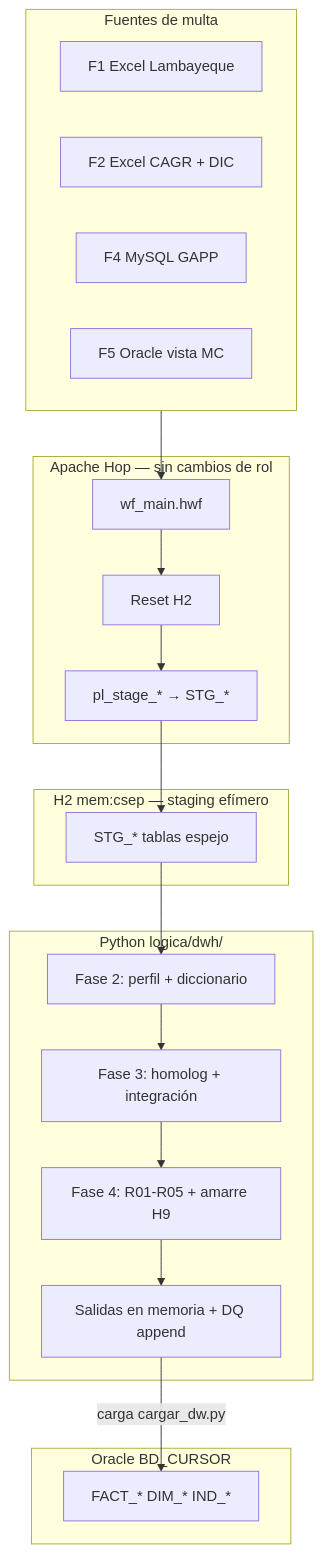
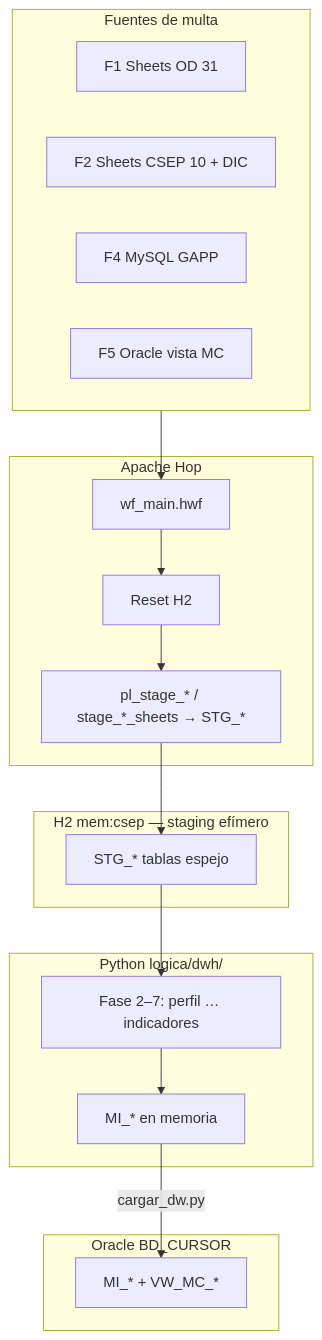
Before and after one commit to nwodevops/multa_informes_etl: the first of 3 diagrams in docs/fase1-3/status.md, drawn with Mermaid. The commit also changed other lines of this file and 37 other files, not shown here.

````diff
--- a/docs/fase1-3/status.md
+++ b/docs/fase1-3/status.md
@@ -10,35 +10,33 @@
 ```mermaid
 flowchart TB
   subgraph fuentes [Fuentes de multa]
-    F1["F1 Excel Lambayeque"]
-    F2["F2 Excel CAGR + DIC"]
+    F1["F1 Sheets OD 31"]
+    F2["F2 Sheets CSEP 10 + DIC"]
     F4["F4 MySQL GAPP"]
     F5["F5 Oracle vista MC"]
   end
 
-  subgraph hop [Apache Hop — sin cambios de rol]
+  subgraph hop [Apache Hop]
     WF["wf_main.hwf"]
     RESET["Reset H2"]
-    STG_LOAD["pl_stage_* → STG_*"]
+    STG_LOAD["pl_stage_* / stage_*_sheets → STG_*"]
   end
 
   subgraph h2 [H2 mem:csep — staging efímero]
     STG["STG_* tablas espejo"]
   end
 
   subgraph py [Python logica/dwh/]
-    F2b["Fase 2: perfil + diccionario"]
-    F3b["Fase 3: homolog + integración"]
-    F4b["Fase 4: R01-R05 + amarre H9"]
-    OUT["Salidas en memoria + DQ append"]
+    F2b["Fase 2–7: perfil … indicadores"]
+    OUT["MI_* en memoria"]
   end
 
   subgraph oracle [Oracle BD_CURSOR]
-    ORA["FACT_* DIM_* IND_*"]
+    ORA["MI_* + VW_MC_*"]
   end
 
   fuentes --> WF
   WF --> RESET --> STG_LOAD --> STG
-  STG --> F2b --> F3b --> F4b --> OUT
-  OUT -->|"carga cargar_dw.py"| ORA
+  STG --> F2b --> OUT
+  OUT -->|"cargar_dw.py"| ORA
 ```
````
